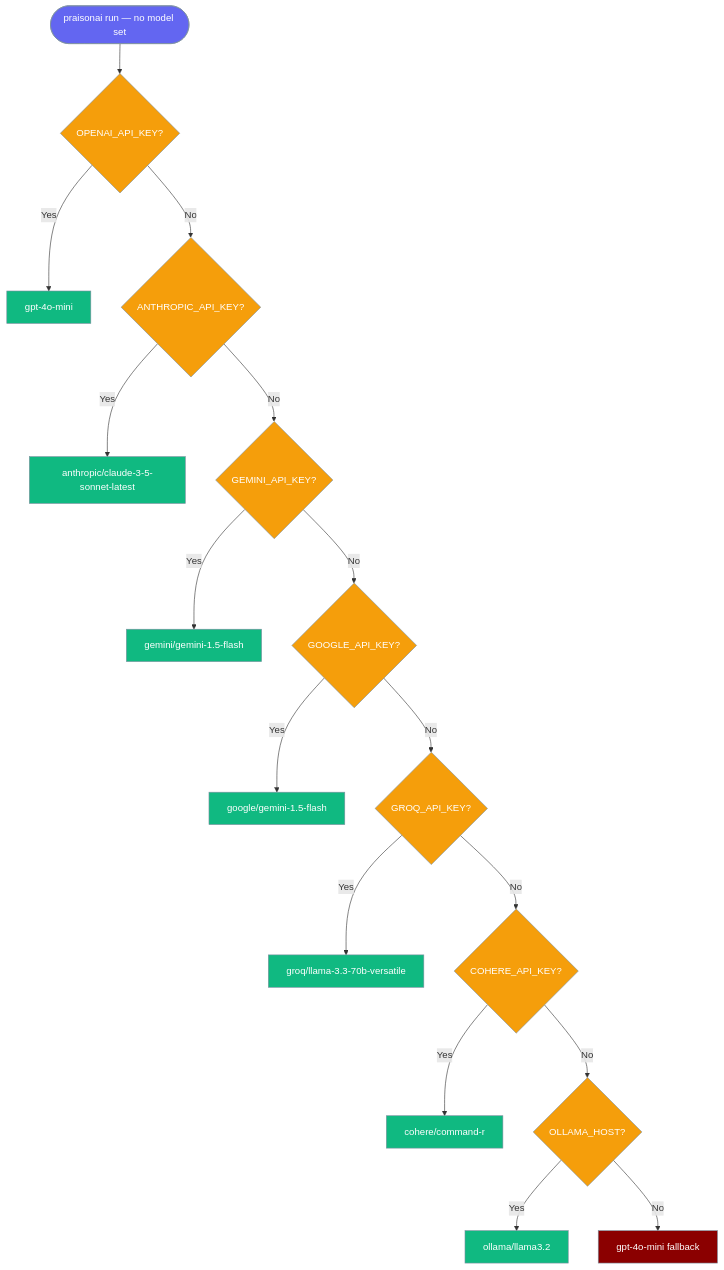
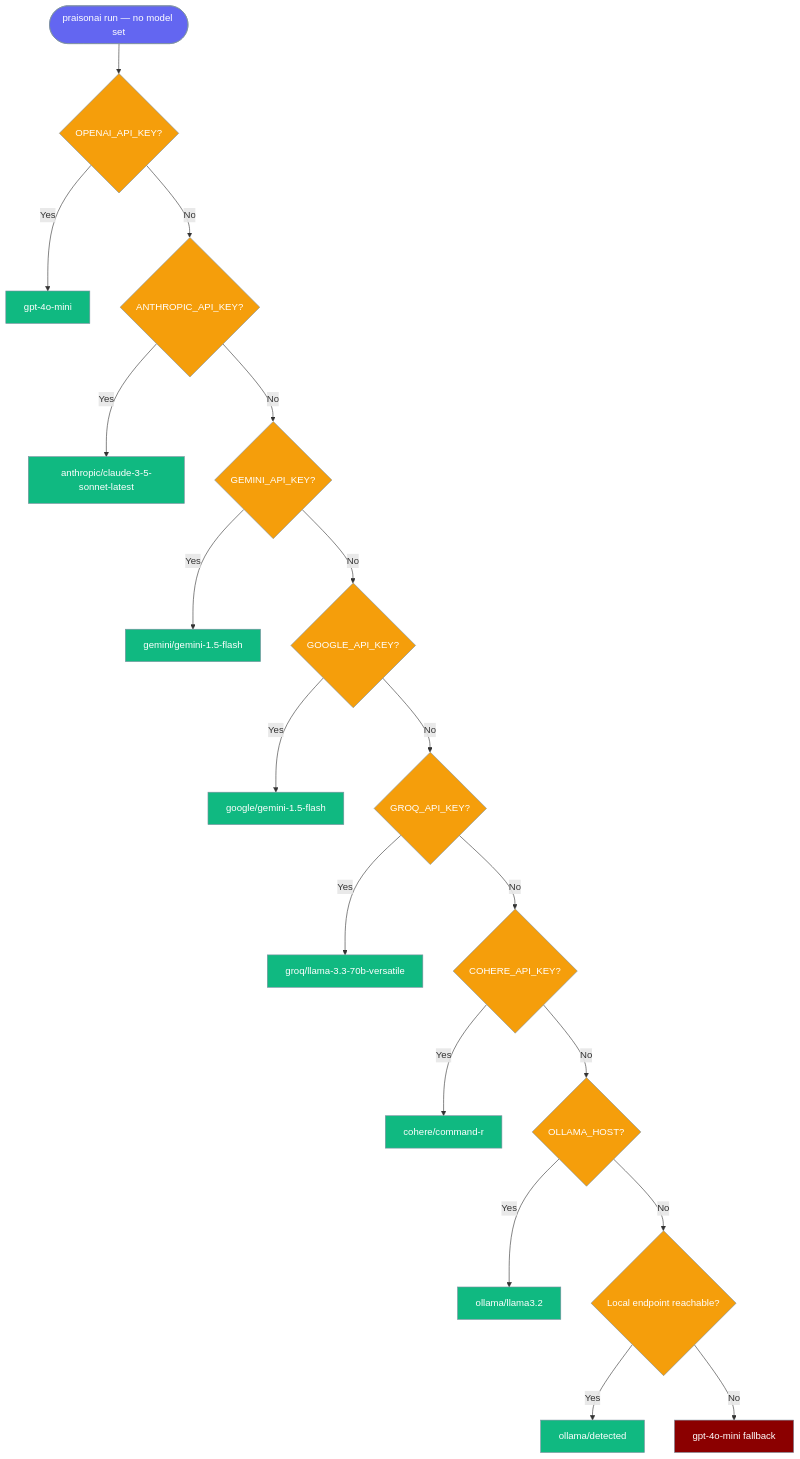
Before and after one commit to MervinPraison/PraisonAIDocs: the second of 3 diagrams in docs/models.mdx, drawn with Mermaid. The commit also changed other lines of this file and 9 other files, not shown here.

````diff
--- a/docs/models.mdx
+++ b/docs/models.mdx
@@ -275,28 +275,30 @@
 ```mermaid
 graph TB
     Start([praisonai run — no model set]) --> A{OPENAI_API_KEY?}
     A -->|Yes| M1[gpt-4o-mini]
     A -->|No| B{ANTHROPIC_API_KEY?}
     B -->|Yes| M2[anthropic/claude-3-5-sonnet-latest]
     B -->|No| C{GEMINI_API_KEY?}
     C -->|Yes| M3[gemini/gemini-1.5-flash]
     C -->|No| D{GOOGLE_API_KEY?}
     D -->|Yes| M4[google/gemini-1.5-flash]
     D -->|No| E{GROQ_API_KEY?}
     E -->|Yes| M5[groq/llama-3.3-70b-versatile]
     E -->|No| F{COHERE_API_KEY?}
     F -->|Yes| M6[cohere/command-r]
     F -->|No| G{OLLAMA_HOST?}
     G -->|Yes| M7[ollama/llama3.2]
-    G -->|No| M8[gpt-4o-mini fallback]
+    G -->|No| L{Local endpoint reachable?}
+    L -->|Yes| M9[ollama/detected]
+    L -->|No| M8[gpt-4o-mini fallback]
 
     classDef start fill:#6366F1,stroke:#7C90A0,color:#fff
     classDef check fill:#F59E0B,stroke:#7C90A0,color:#fff
     classDef model fill:#10B981,stroke:#7C90A0,color:#fff
     classDef fallback fill:#8B0000,stroke:#7C90A0,color:#fff
 
     class Start start
-    class A,B,C,D,E,F,G check
-    class M1,M2,M3,M4,M5,M6,M7 model
+    class A,B,C,D,E,F,G,L check
+    class M1,M2,M3,M4,M5,M6,M7,M9 model
     class M8 fallback
 ```
````
